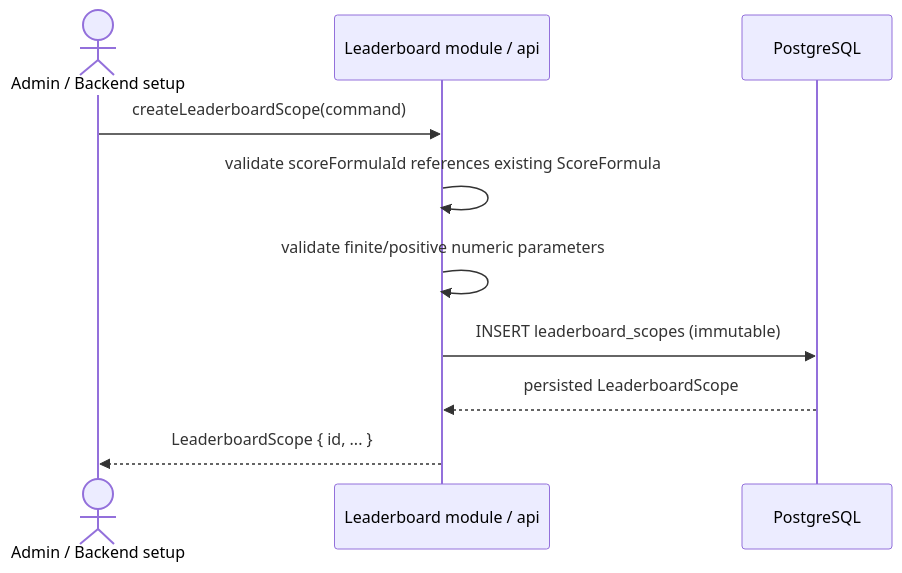
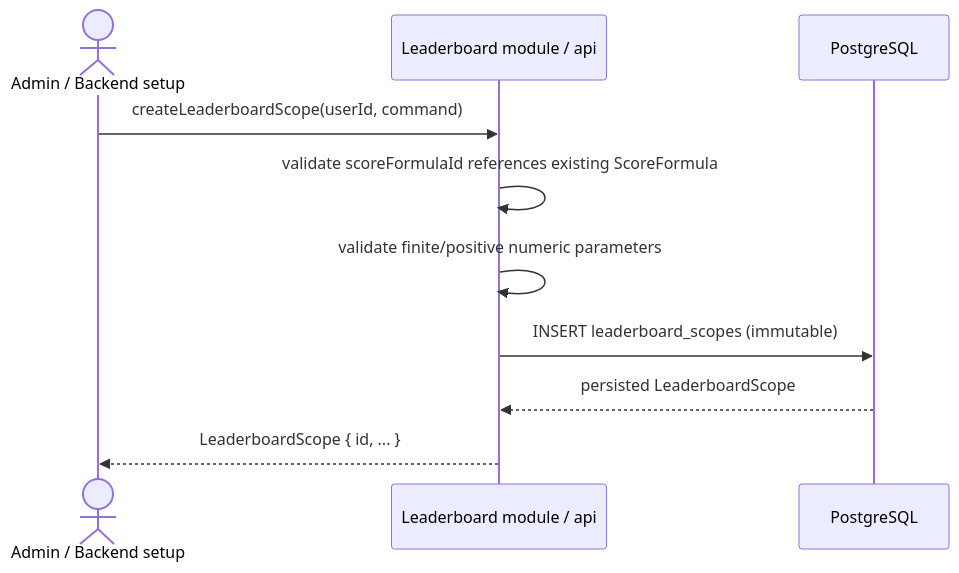
The first of 7 diagrams in openspec/specs/ranking-spec.md (thanhdatttt/Cryptox), drawn with Mermaid before and after one commit. The commit also changed other lines of this file and 10 other files, not shown here.

````diff
--- a/openspec/specs/ranking-spec.md
+++ b/openspec/specs/ranking-spec.md
@@ -162,13 +170,13 @@
 ```mermaid
 sequenceDiagram
     actor Admin as Admin / Backend setup
     participant LB as Leaderboard module / api
     participant PG as PostgreSQL
 
-    Admin->>LB: createLeaderboardScope(command)
+    Admin->>LB: createLeaderboardScope(userId, command)
     LB->>LB: validate scoreFormulaId references existing ScoreFormula
     LB->>LB: validate finite/positive numeric parameters
     LB->>PG: INSERT leaderboard_scopes (immutable)
     PG-->>LB: persisted LeaderboardScope
     LB-->>Admin: LeaderboardScope { id, ... }
 ```
````
